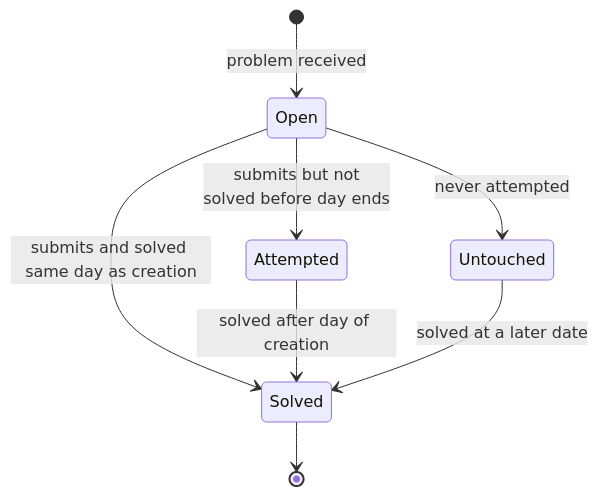
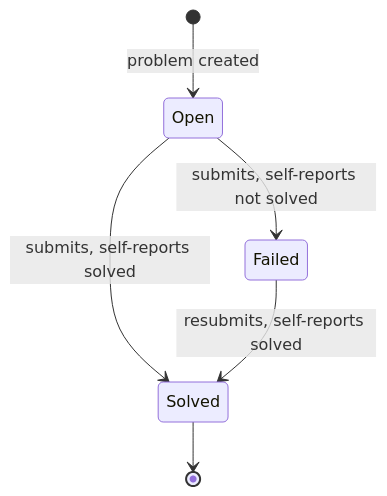
The second of 3 diagrams in api-docs/state.md (sabi1125/daily-coding-companion), drawn with Mermaid before and after one commit. The commit also changed other lines of this file and 1 other file, not shown here.

Commit message:
fix: remove non-events from problem state diagram
- Drop Untouched/Attempted as separate states - both were derived views
  (absence of a submission), not states entered by a real trigger
- Drop Submitted as its own state - self-report makes submitting and
  declaring the outcome one atomic action, nothing lingers pending
- Fix ingest-failure diagram: remove RetryIngest -> FailedToIngest loop
  that had regressed back in, restoring single-retry-then-stop semantics
- Update REQUIREMENTS.md (Working a problem, Glossary) to match

````diff
--- a/api-docs/state.md
+++ b/api-docs/state.md
@@ -15,10 +15,8 @@
 ```mermaid
 stateDiagram-v2
-[*] --> Open : problem received
-Open --> Attempted : submits but not <br> solved before day ends
-Open --> Solved : submits and solved same day as creation
-Attempted --> Solved: solved after day of creation
-Open --> Untouched : never attempted
-Untouched --> Solved : solved at a later date
+[*] --> Open : problem created
+Open --> Failed : submits, self-reports not solved
+Open --> Solved : submits, self-reports solved
+Failed --> Solved : resubmits, self-reports solved
 Solved --> [*]
 ```
````
